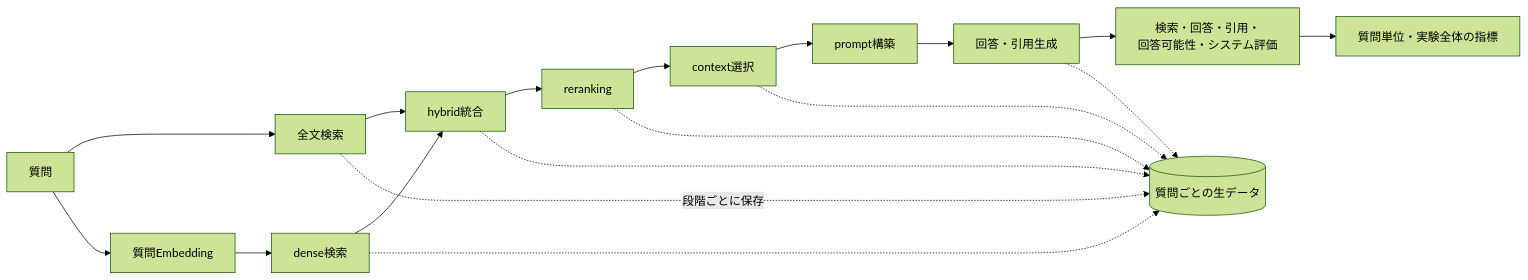
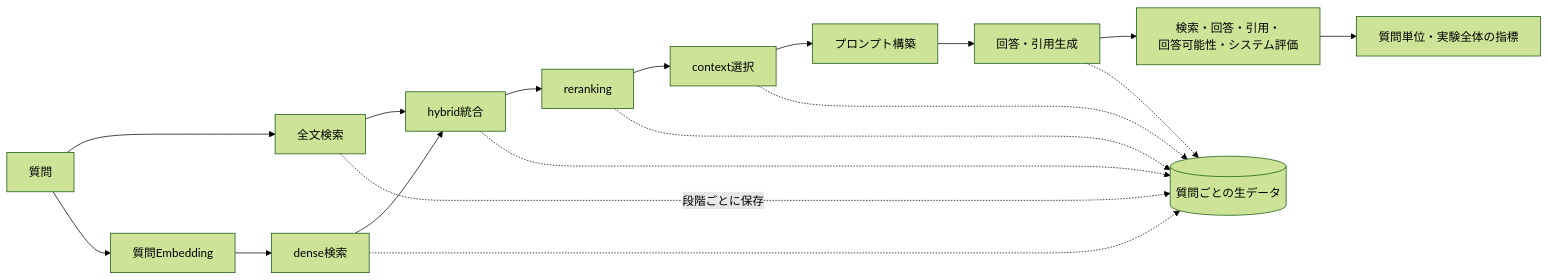
Before and after one commit to takashit16833/RAGScope: the fourth of 6 diagrams in project-docs/design/システムアーキテクチャ.md, drawn with Mermaid (forest theme). The commit also changed other lines of this file and 2 other files, not shown here.

Commit message:
refactor system architecture and documentation guidelines

````diff
--- a/project-docs/design/システムアーキテクチャ.md
+++ b/project-docs/design/システムアーキテクチャ.md
@@ -283,25 +289,25 @@
 ```mermaid
 flowchart LR
     Q["質問"]
 
     Q --> FT["全文検索"]
     Q --> QE["質問Embedding"]
     QE --> Dense["dense検索"]
 
     FT --> Hybrid["hybrid統合"]
     Dense --> Hybrid
 
     Hybrid --> Rerank["reranking"]
     Rerank --> Context["context選択"]
-    Context --> Prompt["prompt構築"]
+    Context --> Prompt["プロンプト構築"]
     Prompt --> Generate["回答・引用生成"]
     Generate --> Evaluate["検索・回答・引用・<br>回答可能性・システム評価"]
 
     FT -. "段階ごとに保存" .-> Store[("質問ごとの生データ")]
     Dense -.-> Store
     Hybrid -.-> Store
     Rerank -.-> Store
     Context -.-> Store
     Generate -.-> Store
     Evaluate --> Metrics["質問単位・実験全体の指標"]
 ```
````
